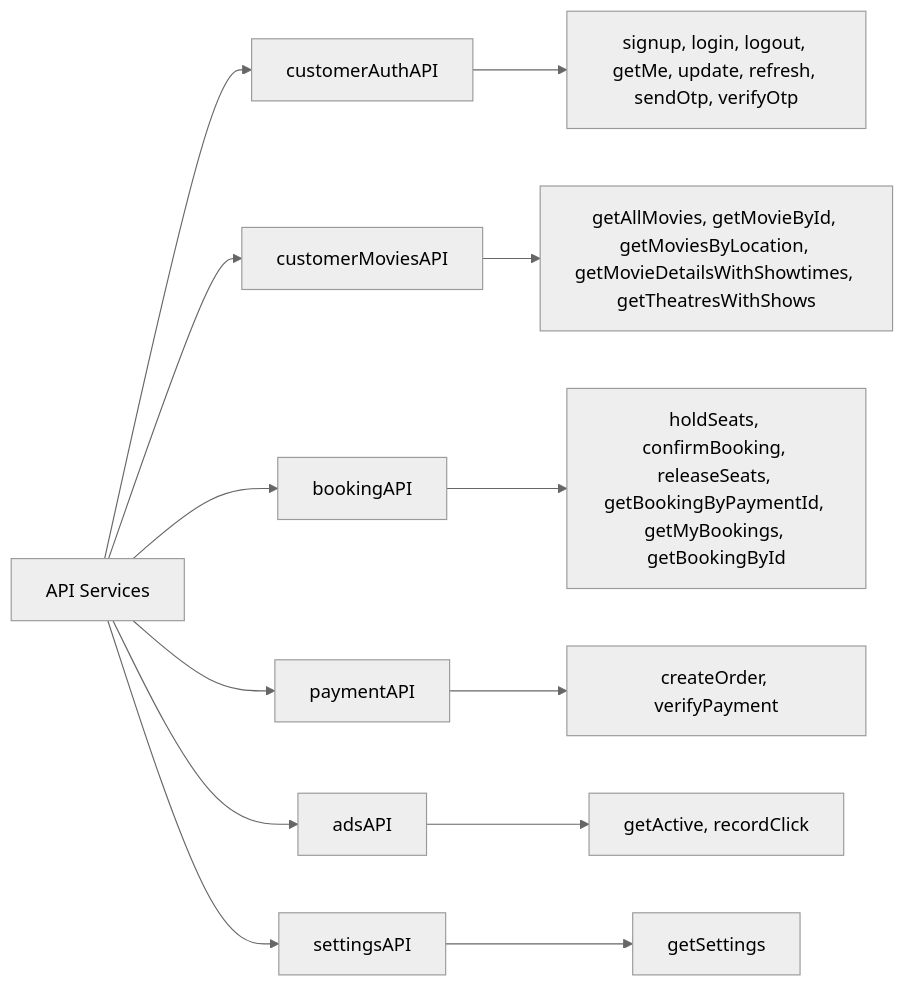
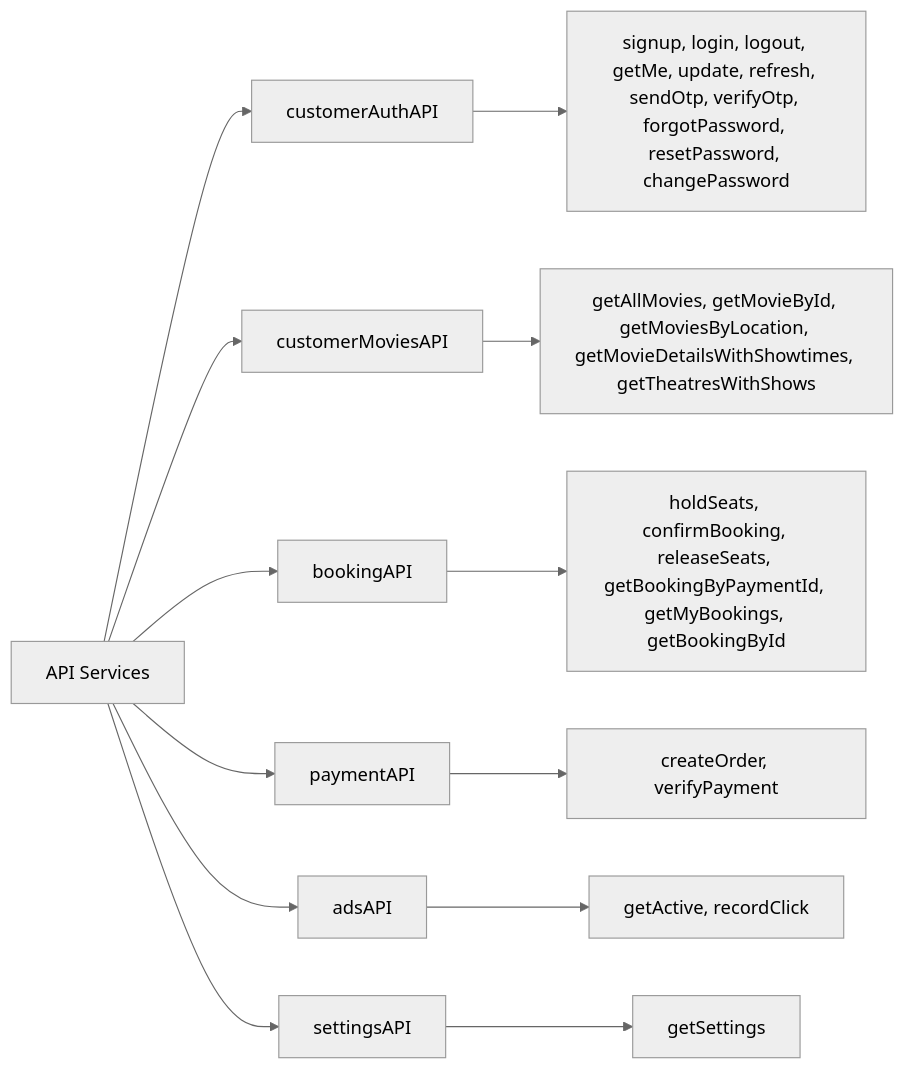
Diagram 15 of 21 in users.md (hduraimurugan/cinema-app-docs), drawn with Mermaid (neutral theme) before and after one commit. The commit also changed other lines of this file and 3 other files, not shown here.

Commit message:
feat: enhance customer authentication with account lockout, session management, and password reset flows

````diff
--- a/users.md
+++ b/users.md
@@ -975,16 +1079,16 @@
 ```mermaid
 graph LR
     A[API Services] --> B[customerAuthAPI]
     A --> C[customerMoviesAPI]
     A --> D[bookingAPI]
     A --> E[paymentAPI]
     A --> F2[adsAPI]
     A --> G2[settingsAPI]
 
-    B --> F[signup, login, logout, getMe, update, refresh, sendOtp, verifyOtp]
+    B --> F[signup, login, logout, getMe, update, refresh, sendOtp, verifyOtp, forgotPassword, resetPassword, changePassword]
     C --> G[getAllMovies, getMovieById, getMoviesByLocation, getMovieDetailsWithShowtimes, getTheatresWithShows]
     D --> H[holdSeats, confirmBooking, releaseSeats, getBookingByPaymentId, getMyBookings, getBookingById]
     E --> I[createOrder, verifyPayment]
     F2 --> J[getActive, recordClick]
     G2 --> K[getSettings]
 ```
````
